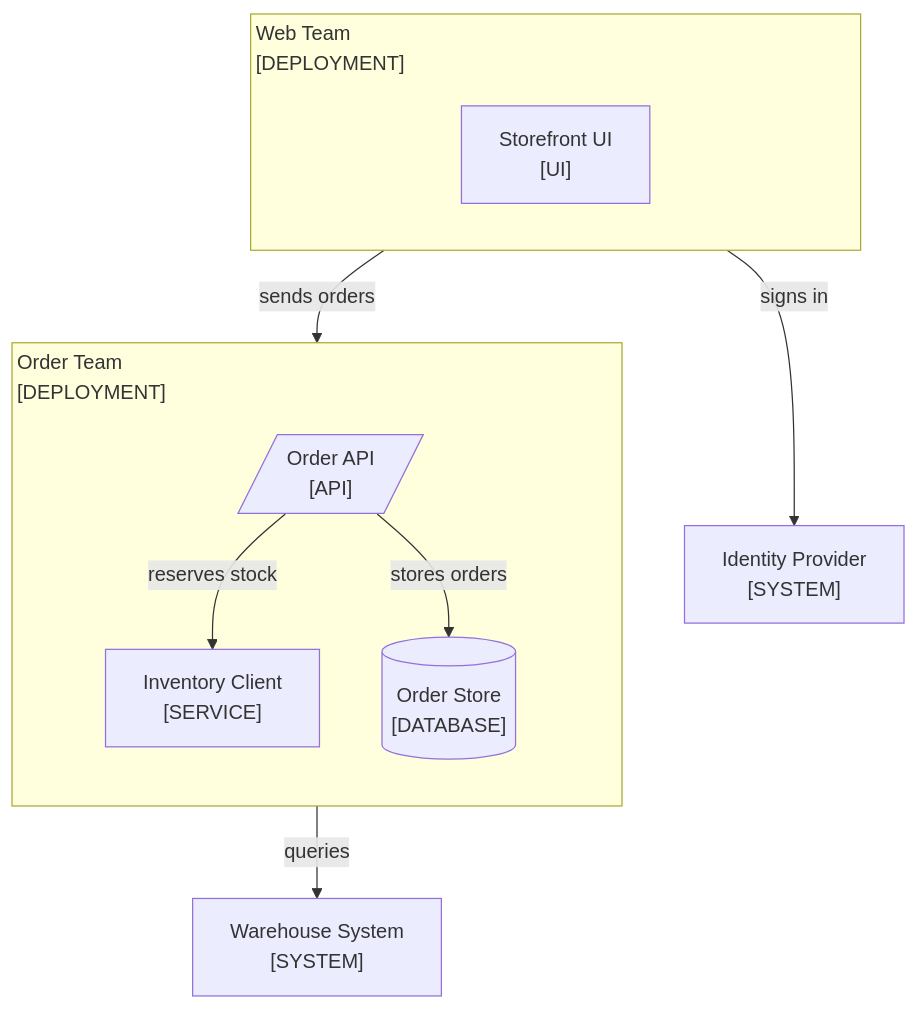
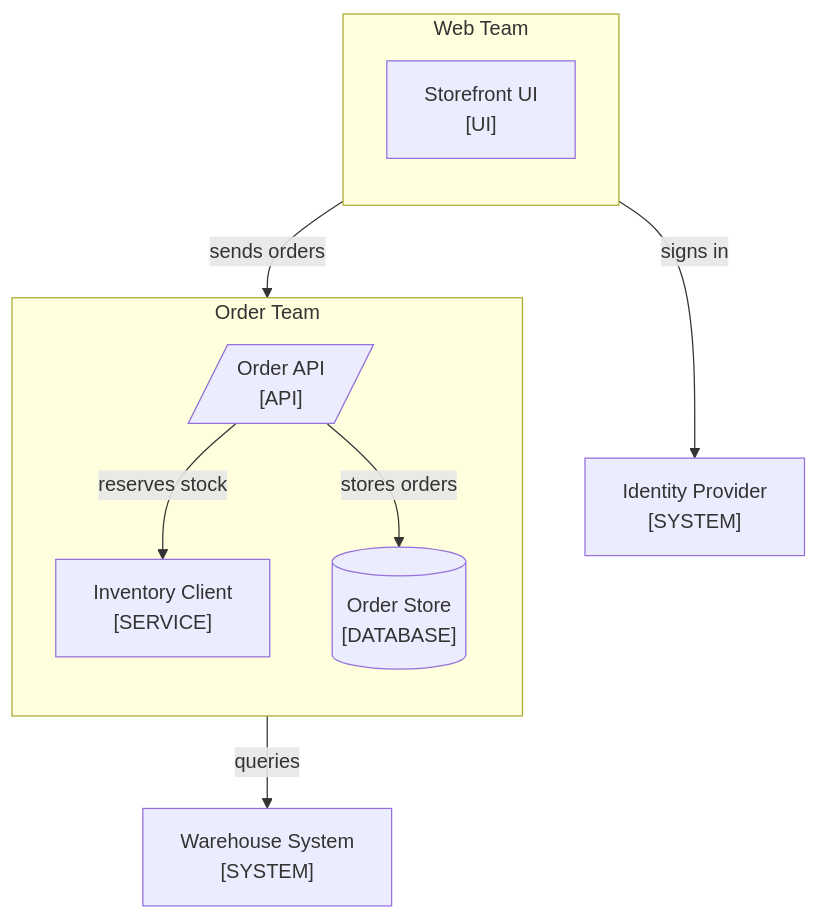
One commit to choonchernlim/skills changed the diagram in skills/docsmith/scripts/fixtures/good/docs/architecture.md. Above: the diagram before and after it, drawn with Mermaid. The commit also changed other lines of this file and 43 other files, not shown here.

Commit message:
feat: update Mermaid syntax to use 'graph TD' and enhance boundary title formatting

````diff
--- a/skills/docsmith/scripts/fixtures/good/docs/architecture.md
+++ b/skills/docsmith/scripts/fixtures/good/docs/architecture.md
@@ -15,30 +15,23 @@
 ```mermaid
----
-config:
-  flowchart:
-    subGraphTitleMargin:
-      top: 4
-      bottom: 32
----
-flowchart TD
-  subgraph Web["<span style='display:inline-block;width:480px;text-align:left'>Web Team<br/>[DEPLOYMENT]</span>"]
+graph TD
+  subgraph Web["Web Team"]
     direction TB
     Browser["Storefront UI<br/>[UI]"]
   end
 
-  subgraph Orders["<span style='display:inline-block;width:480px;text-align:left'>Order Team<br/>[DEPLOYMENT]</span>"]
+  subgraph Orders["Order Team"]
     direction TB
     Route[/"Order API<br/>[API]"/]
     Inventory["Inventory Client<br/>[SERVICE]"]
     Store[("Order Store<br/>[DATABASE]")]
   end
 
   Identity["Identity Provider<br/>[SYSTEM]"]
   Warehouse["Warehouse System<br/>[SYSTEM]"]
 
   Browser -->|"signs in"| Identity
   Browser -->|"sends orders"| Route
   Route -->|"reserves stock"| Inventory
   Route -->|"stores orders"| Store
   Inventory -->|"queries"| Warehouse
 ```
````
